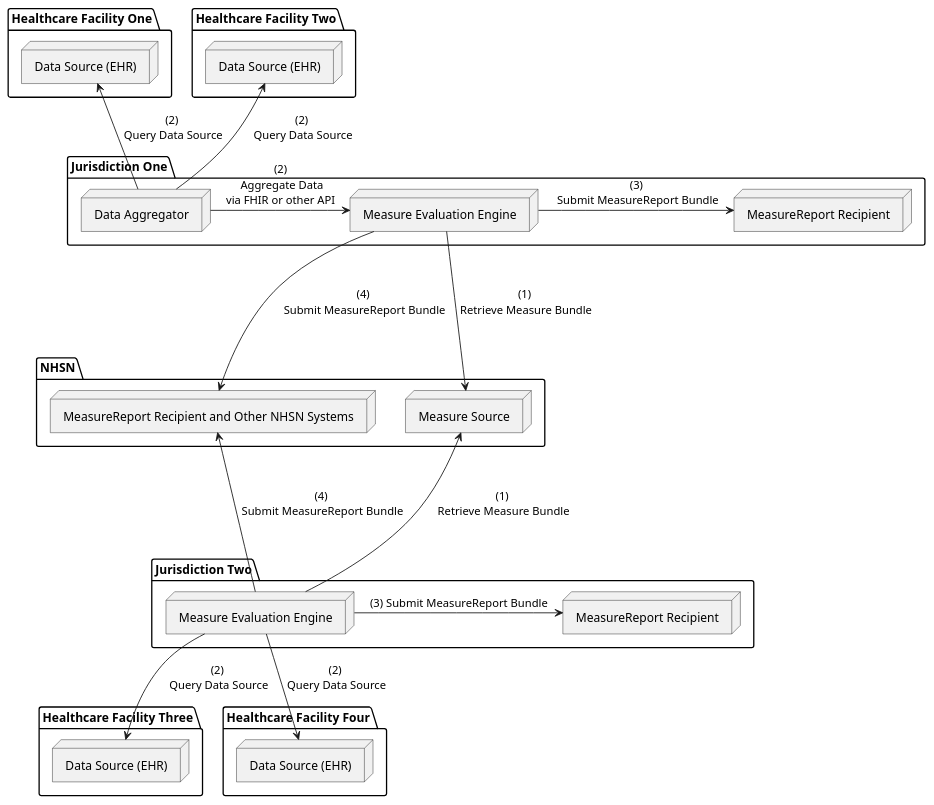
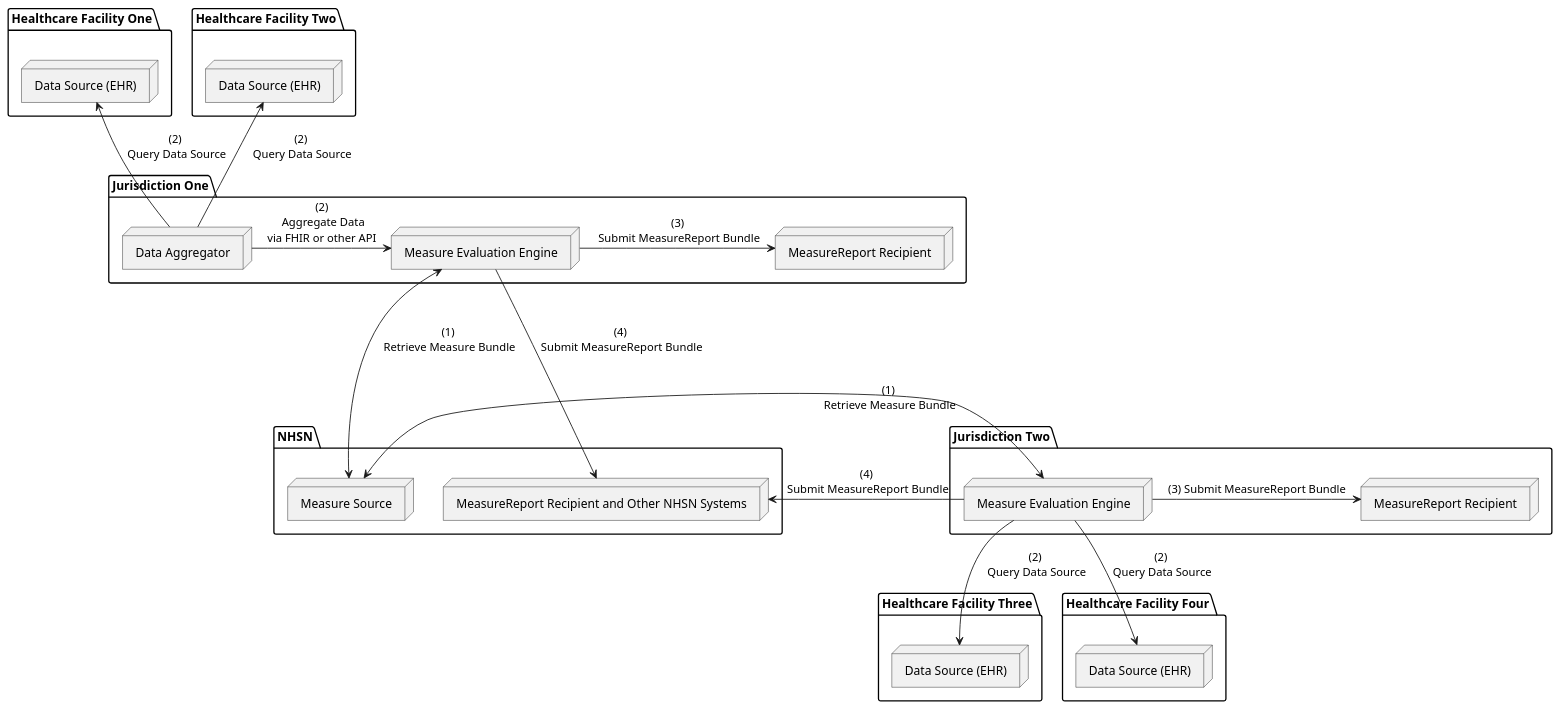
One commit to HL7/us-safr changed the diagram in input/images-source/usfr-2.plantuml. Above: the diagram before and after it, drawn with PlantUML. The commit also changed 3 other files, not shown here.

Commit message:
Corrected arrow directions in diagrams on Specif.

```diff
--- a/input/images-source/usfr-2.plantuml
+++ b/input/images-source/usfr-2.plantuml
@@ -1,52 +1,52 @@
 @startuml
 
 
 
 package "Healthcare Facility One" {
     node "Data Source (EHR)" as EHR1
 }
 
 package "Healthcare Facility Two" {
     node "Data Source (EHR)" as EHR2
 }
 
 package "Healthcare Facility Three" {
     node "Data Source (EHR)" as EHR3
 }
 
 package "Healthcare Facility Four" {
     node "Data Source (EHR)" as EHR4
 }
 
 package "Jurisdiction One" {
     node "Measure Evaluation Engine" as MEE1
     node "MeasureReport Recipient" as Recipient1
     node "Data Aggregator" as DA1
 }
 
 package "Jurisdiction Two" {
     node "Measure Evaluation Engine" as MEE2
     node "MeasureReport Recipient" as Recipient2
 }
 
 package "NHSN" {
     node "MeasureReport Recipient and Other NHSN Systems" as Recipient
     node "Measure Source" as MS
 }
 
 EHR1 <-- DA1 : (2)\n Query Data Source
 EHR2 <-- DA1 : (2)\n Query Data Source
 DA1 -right-> MEE1 : (2)\n Aggregate Data\nvia FHIR or other API
-MEE1 -down-> MS : (1)\n Retrieve Measure Bundle
+MEE1 <-> MS : (1)\n Retrieve Measure Bundle
 MEE1 -right-> Recipient1 : (3)\n Submit MeasureReport Bundle
 
 EHR3 <-up- MEE2 : (2)\n Query Data Source
 EHR4 <-up- MEE2 : (2)\n Query Data Source
-MEE2 -up-> MS : (1)\n Retrieve Measure Bundle
+MEE2 <-> MS : (1)\n Retrieve Measure Bundle
 MEE2 -right-> Recipient2 : (3) Submit MeasureReport Bundle
 
 
 MEE1 -down--> Recipient : (4)\n Submit MeasureReport Bundle
 MEE2 -up--> Recipient : (4)\n Submit MeasureReport Bundle
 
 @enduml
```
